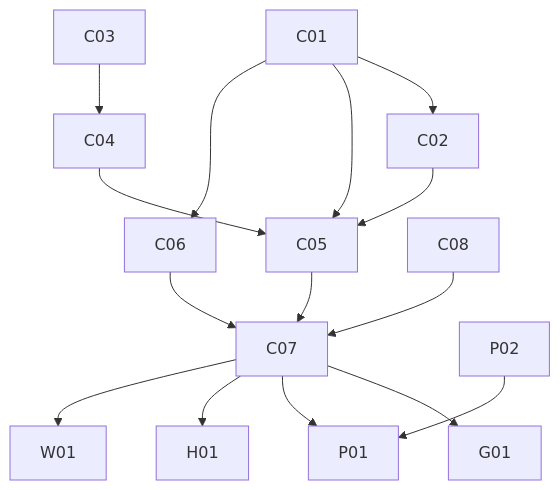
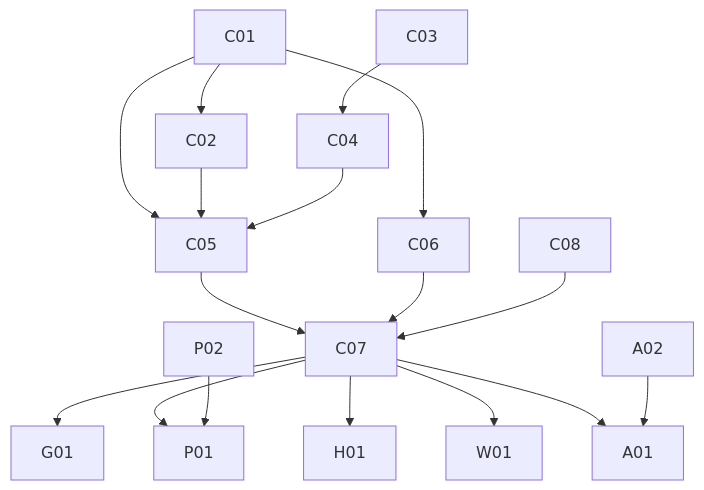
One commit to ochanuco/yunomi changed the diagram in docs/plan/capability-plan.md. Above: the diagram before and after it, drawn with Mermaid. The commit also changed other lines of this file, not shown here.

````diff
--- a/docs/plan/capability-plan.md
+++ b/docs/plan/capability-plan.md
@@ -111,17 +125,19 @@
 ```mermaid
 graph TD
   C01 --> C02
   C01 --> C05
   C02 --> C05
   C03 --> C04
   C04 --> C05
   C01 --> C06
   C05 --> C07
   C06 --> C07
   C08 --> C07
   C07 --> G01
   C07 --> P01
   P02 --> P01
   C07 --> H01
   C07 --> W01
+  C07 --> A01
+  A02 --> A01
 ```
````
